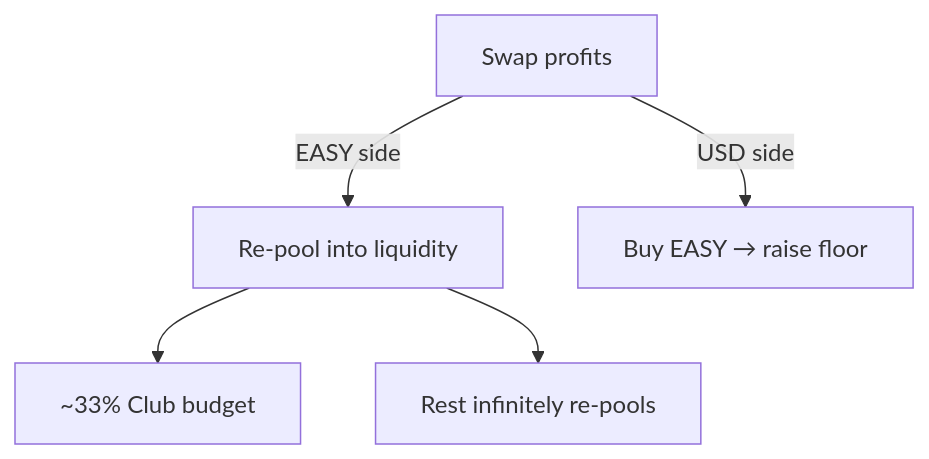
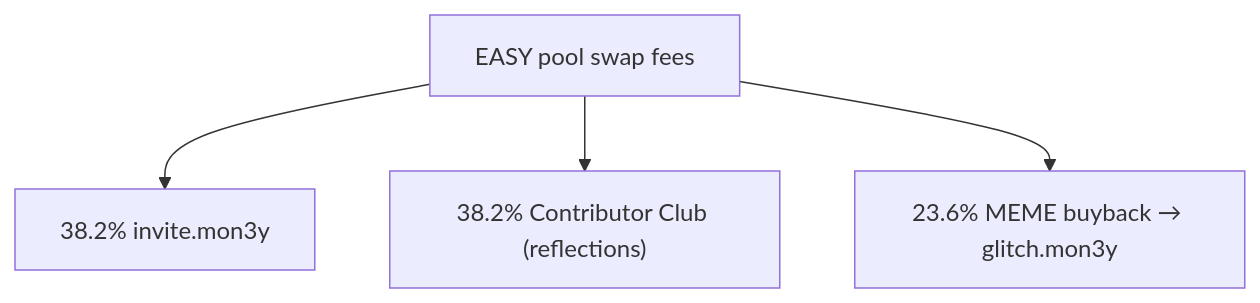
One commit to dougbutner/flex.report changed the first of 2 diagrams in tokenomics.md. Above: the diagram before and after it, drawn with Mermaid. The commit also changed other lines of this file and 7 other files, not shown here.

````diff
--- a/tokenomics.md
+++ b/tokenomics.md
@@ -29,8 +29,7 @@
 ```mermaid
 flowchart TB
-  P[Swap profits]
-  P -->|EASY side| R[Re-pool into liquidity]
-  P -->|USD side| B[Buy EASY → raise floor]
-  R --> C[~33% Club budget]
-  R --> I[Rest infinitely re-pools]
+  P[EASY pool swap fees]
+  P --> I["38.2% invite.mon3y"]
+  P --> C["38.2% Contributor Club (reflections)"]
+  P --> M["23.6% MEME buyback → glitch.mon3y"]
 ```
````
